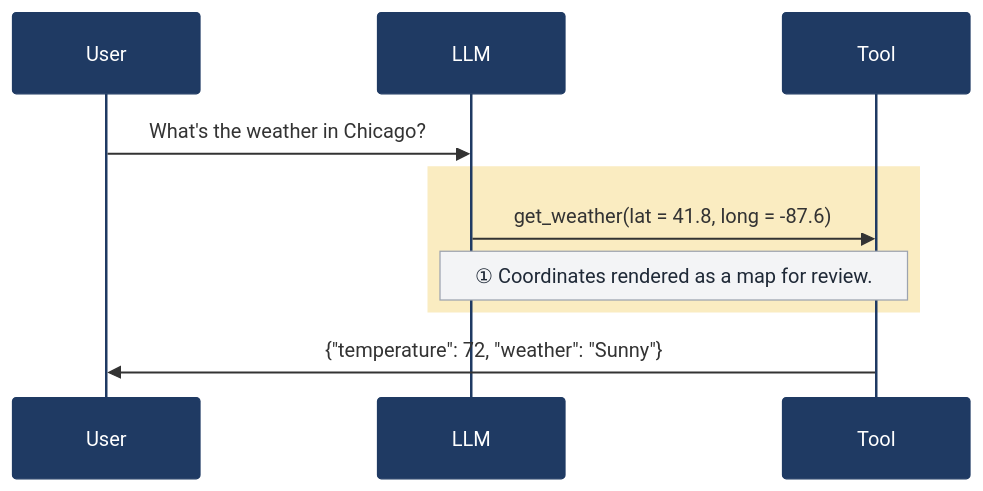
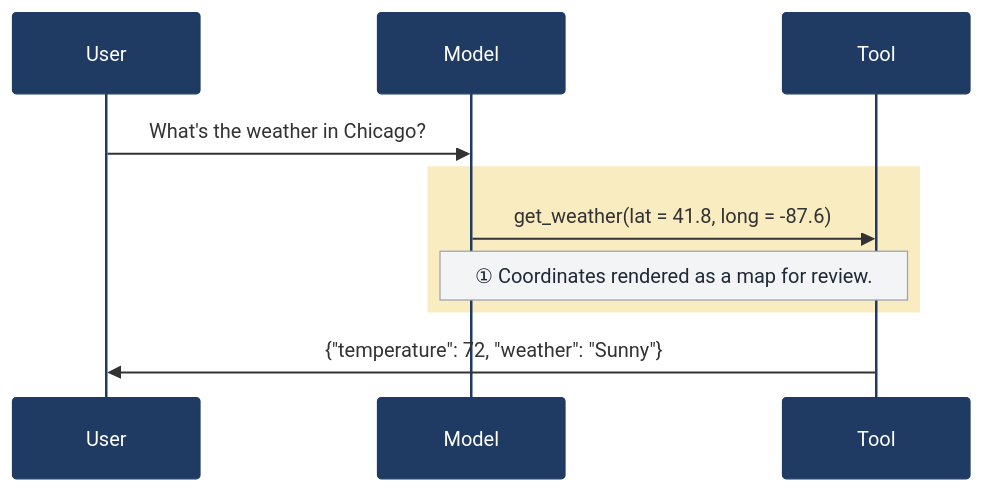
The third of 7 diagrams in hallucinations.qmd (parmsam/trustedminiagents), drawn with Mermaid before and after one commit. The commit also changed other lines of this file and 5 other files, not shown here.

Commit message:
'LLM' => 'AI model'

````diff
--- a/hallucinations.qmd
+++ b/hallucinations.qmd
@@ -123,14 +123,14 @@
 ```{mermaid}
 %%{init: {'theme':'base', 'themeVariables': {'actorBkg':'#1F3A63','actorTextColor':'#ffffff','actorBorder':'#1F3A63','noteBkgColor':'#F3F4F6','noteBorderColor':'#9CA3AF','noteTextColor':'#1F2937'}}}%%
 sequenceDiagram
     participant User
-    participant LLM
+    participant Model
     participant Tool
 
-    User->>LLM: What's the weather in Chicago?
+    User->>Model: What's the weather in Chicago?
     rect rgba(234, 179, 8, 0.25)
-    LLM->>Tool: get_weather(lat = 41.8, long = -87.6)
-    note over LLM,Tool: ① Coordinates rendered as a map for review.
+    Model->>Tool: get_weather(lat = 41.8, long = -87.6)
+    note over Model,Tool: ① Coordinates rendered as a map for review.
     end
     Tool->>User: {"temperature": 72, "weather": "Sunny"}
 ```
````
